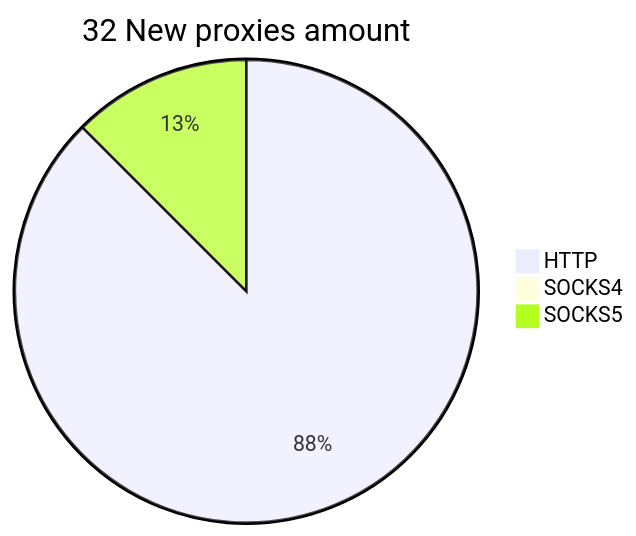
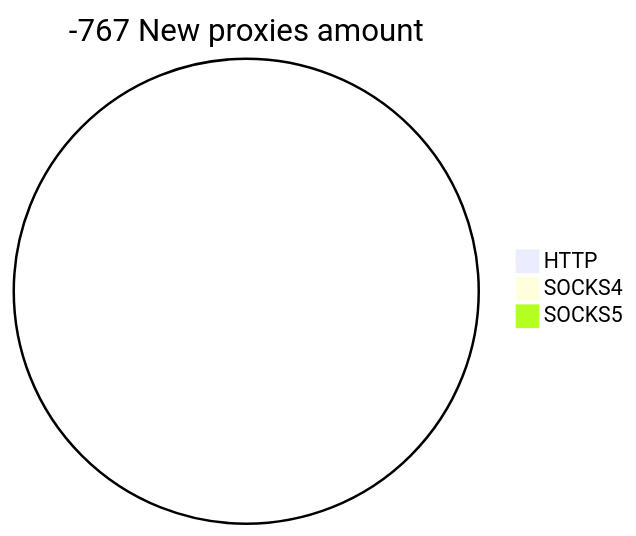
The second of 2 diagrams in README.md (cutipu/proxylist), drawn with Mermaid before and after one commit. The commit also changed other lines of this file, not shown here.

````diff
--- a/README.md
+++ b/README.md
@@ -10,6 +10,6 @@
 ```mermaid
-pie title 32 New proxies amount
-    "HTTP" : 28
+pie title -767 New proxies amount
+    "HTTP" : 0
     "SOCKS4" : 0
-    "SOCKS5" : 4
+    "SOCKS5" : 0
 ```
````
